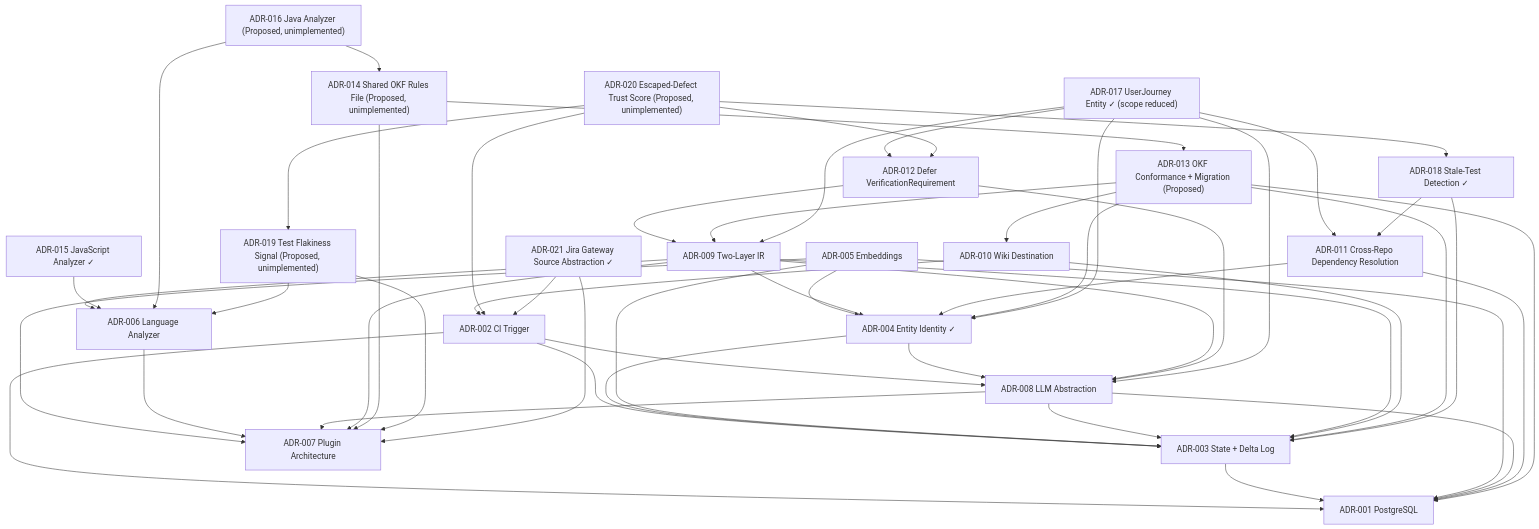
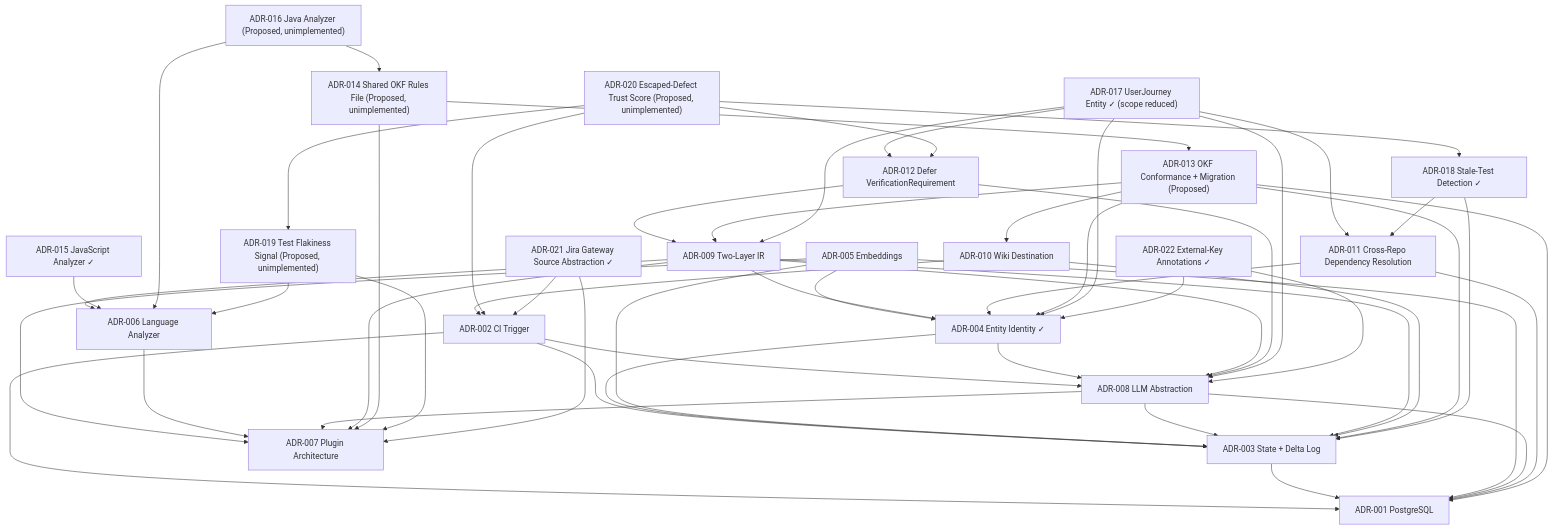
The diagram in docs/decisions/index.md (kushal-omnius/open-knowledge-compiler), drawn with Mermaid before and after one commit. The commit also changed other lines of this file and 6 other files, not shown here.

````diff
--- a/docs/decisions/index.md
+++ b/docs/decisions/index.md
@@ -179,53 +187,55 @@
 ```mermaid
 graph TD
     ADR002["ADR-002 CI Trigger"] --> ADR001["ADR-001 PostgreSQL"]
     ADR002 --> ADR003["ADR-003 State + Delta Log"]
     ADR002 --> ADR008["ADR-008 LLM Abstraction"]
     ADR003 --> ADR001
     ADR004["ADR-004 Entity Identity ✓"] --> ADR003
     ADR004 --> ADR008
     ADR005["ADR-005 Embeddings"] --> ADR001
     ADR005 --> ADR003
     ADR005 --> ADR004
     ADR005 --> ADR007["ADR-007 Plugin Architecture"]
     ADR006["ADR-006 Language Analyzer"] --> ADR007
     ADR008 --> ADR001
     ADR008 --> ADR003
     ADR008 --> ADR007
     ADR009["ADR-009 Two-Layer IR"] --> ADR003
     ADR009 --> ADR004
     ADR009 --> ADR006
     ADR009 --> ADR007
     ADR009 --> ADR008
     ADR010["ADR-010 Wiki Destination"] --> ADR002
     ADR010 --> ADR003
     ADR011["ADR-011 Cross-Repo Dependency Resolution"] --> ADR001
     ADR011 --> ADR004
     ADR012["ADR-012 Defer VerificationRequirement"] --> ADR009
     ADR012 --> ADR008
     ADR013["ADR-013 OKF Conformance + Migration (Proposed)"] --> ADR001
     ADR013 --> ADR003
     ADR013 --> ADR004
     ADR013 --> ADR009
     ADR013 --> ADR010
     ADR014["ADR-014 Shared OKF Rules File (Proposed, unimplemented)"] --> ADR013
     ADR014 --> ADR007
     ADR015["ADR-015 JavaScript Analyzer ✓"] --> ADR006
     ADR016["ADR-016 Java Analyzer (Proposed, unimplemented)"] --> ADR006
     ADR016 --> ADR014
     ADR017["ADR-017 UserJourney Entity ✓ (scope reduced)"] --> ADR004
     ADR017 --> ADR008
     ADR017 --> ADR009
     ADR017 --> ADR011
     ADR017 --> ADR012
     ADR018["ADR-018 Stale-Test Detection ✓"] --> ADR011
     ADR018 --> ADR003
     ADR019["ADR-019 Test Flakiness Signal (Proposed, unimplemented)"] --> ADR006
     ADR019 --> ADR007
     ADR020["ADR-020 Escaped-Defect Trust Score (Proposed, unimplemented)"] --> ADR002
     ADR020 --> ADR012
     ADR020 --> ADR018
     ADR020 --> ADR019
     ADR021["ADR-021 Jira Gateway Source Abstraction ✓"] --> ADR002
     ADR021 --> ADR007
+    ADR022["ADR-022 External-Key Annotations ✓"] --> ADR004
+    ADR022 --> ADR008
 ```
````
